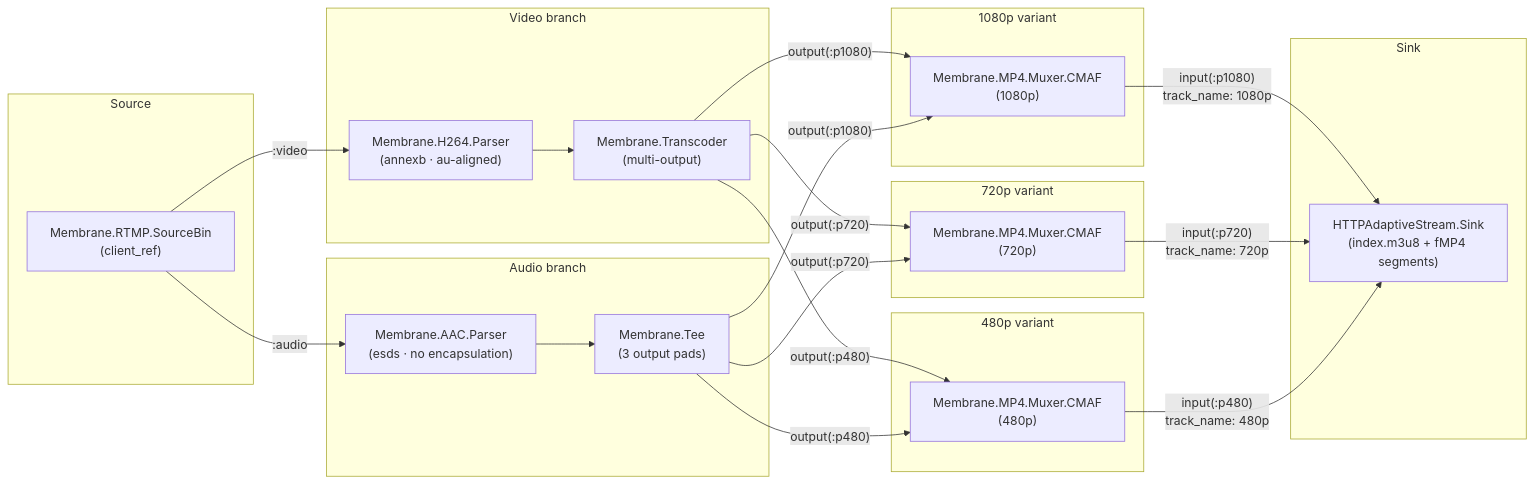
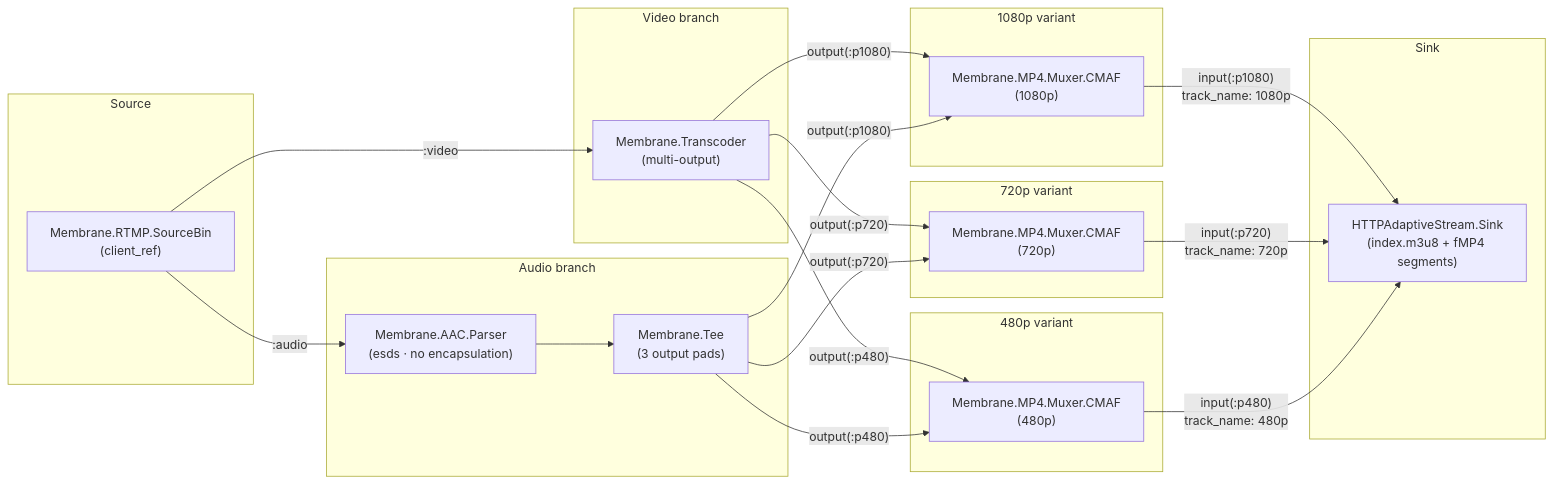
The second of 2 diagrams in tutorial/1_building_multimedia_application_in_elixir.md (membraneframework-labs/ex_broadcaster), drawn with Mermaid before and after one commit. The commit also changed other lines of this file and 12 other files, not shown here.

````diff
--- a/tutorial/1_building_multimedia_application_in_elixir.md
+++ b/tutorial/1_building_multimedia_application_in_elixir.md
@@ -380,50 +365,48 @@
 ```mermaid
 graph LR
     subgraph Source
         RTMP["Membrane.RTMP.SourceBin\n(client_ref)"]
     end
 
     subgraph "Video branch"
-        H264in["Membrane.H264.Parser\n(annexb · au-aligned)"]
         Transcoder["Membrane.Transcoder\n(multi-output)"]
     end
 
     subgraph "Audio branch"
         AACParser["Membrane.AAC.Parser\n(esds · no encapsulation)"]
         AudioTee["Membrane.Tee\n(3 output pads)"]
     end
 
     subgraph "1080p variant"
         CMAF1080["Membrane.MP4.Muxer.CMAF\n(1080p)"]
     end
 
     subgraph "720p variant"
         CMAF720["Membrane.MP4.Muxer.CMAF\n(720p)"]
     end
 
     subgraph "480p variant"
         CMAF480["Membrane.MP4.Muxer.CMAF\n(480p)"]
     end
 
     subgraph Sink
         HLS["HTTPAdaptiveStream.Sink\n(index.m3u8 + fMP4 segments)"]
     end
 
-    RTMP -- ":video" --> H264in
+    RTMP -- ":video" --> Transcoder
     RTMP -- ":audio" --> AACParser
 
-    H264in --> Transcoder
     AACParser --> AudioTee
 
     Transcoder -- "output(:p1080)" --> CMAF1080
     Transcoder -- "output(:p720)"  --> CMAF720
     Transcoder -- "output(:p480)"  --> CMAF480
 
     AudioTee -- "output(:p1080)" --> CMAF1080
     AudioTee -- "output(:p720)"  --> CMAF720
     AudioTee -- "output(:p480)"  --> CMAF480
 
     CMAF1080 -- "input(:p1080)\ntrack_name: 1080p" --> HLS
     CMAF720  -- "input(:p720)\ntrack_name: 720p"  --> HLS
     CMAF480  -- "input(:p480)\ntrack_name: 480p"  --> HLS
 ```
````
